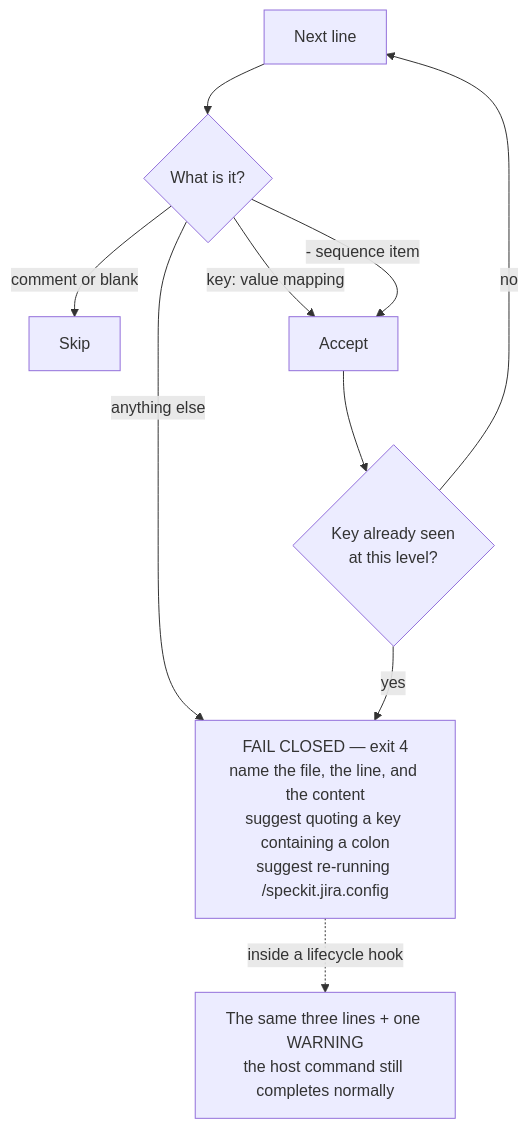
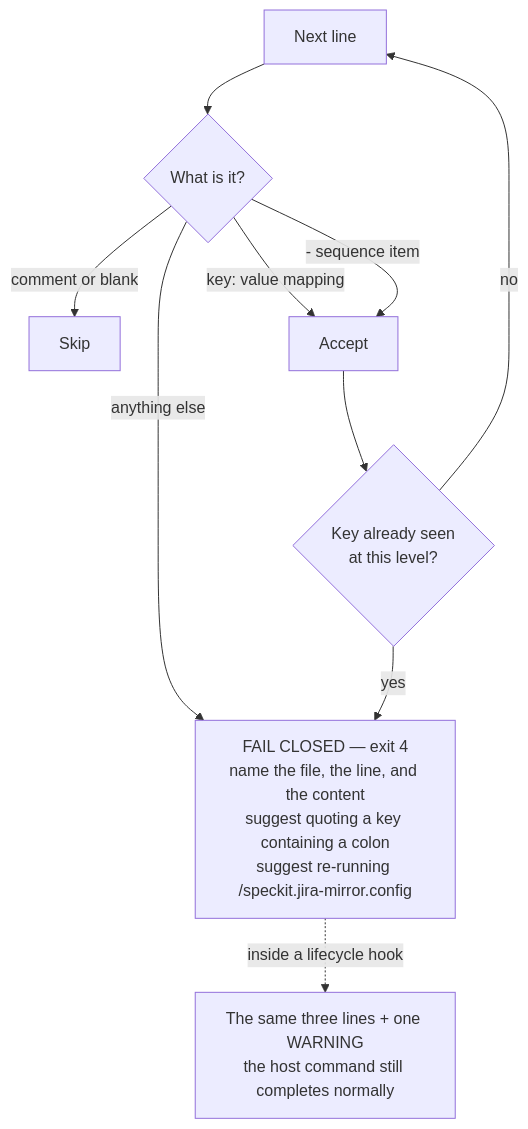
Before and after one commit to Fyloss/spec-kit-jira: the fifth of 5 diagrams in docs/07-configuration-and-secrets.md, drawn with Mermaid. The commit also changed 104 other files, not shown here.

First line of the commit message:
feat!: rename the extension id, commands, and repository to jira-mirror (#57)

````diff
--- a/docs/07-configuration-and-secrets.md
+++ b/docs/07-configuration-and-secrets.md
@@ -216,14 +216,14 @@
 ```mermaid
 flowchart TD
     Line["Next line"] --> Kind{"What is it?"}
     Kind -->|"comment or blank"| Skip["Skip"]
     Kind -->|"key: value mapping"| Ok["Accept"]
     Kind -->|"- sequence item"| Ok
     Kind -->|"anything else"| Refuse
 
     Ok --> Dup{"Key already seen<br/>at this level?"}
-    Dup -->|"yes"| Refuse["FAIL CLOSED — exit 4<br/>name the file, the line, and the content<br/>suggest quoting a key containing a colon<br/>suggest re-running /speckit.jira.config"]
+    Dup -->|"yes"| Refuse["FAIL CLOSED — exit 4<br/>name the file, the line, and the content<br/>suggest quoting a key containing a colon<br/>suggest re-running /speckit.jira-mirror.config"]
     Dup -->|"no"| Line
 
     Refuse -.->|"inside a lifecycle hook"| Warn["The same three lines + one WARNING<br/>the host command still completes normally"]
 ```
````
